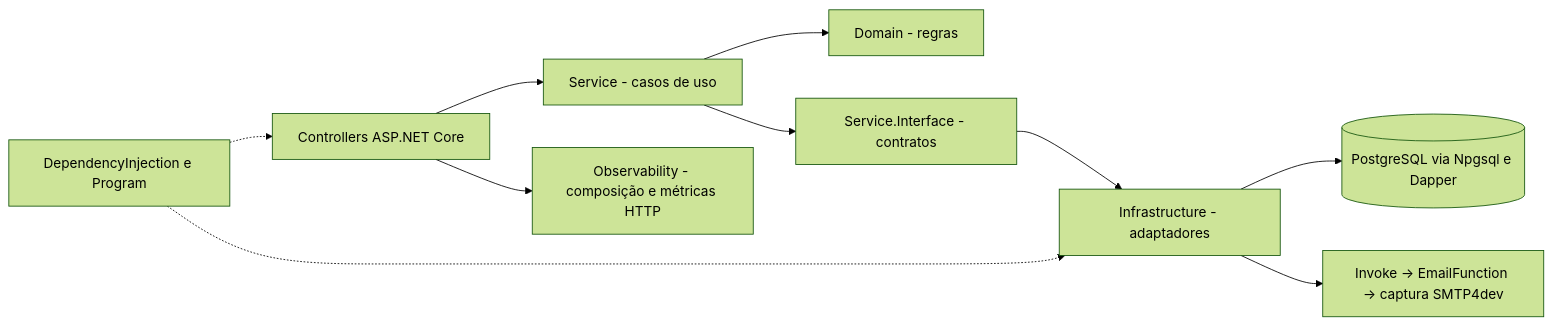
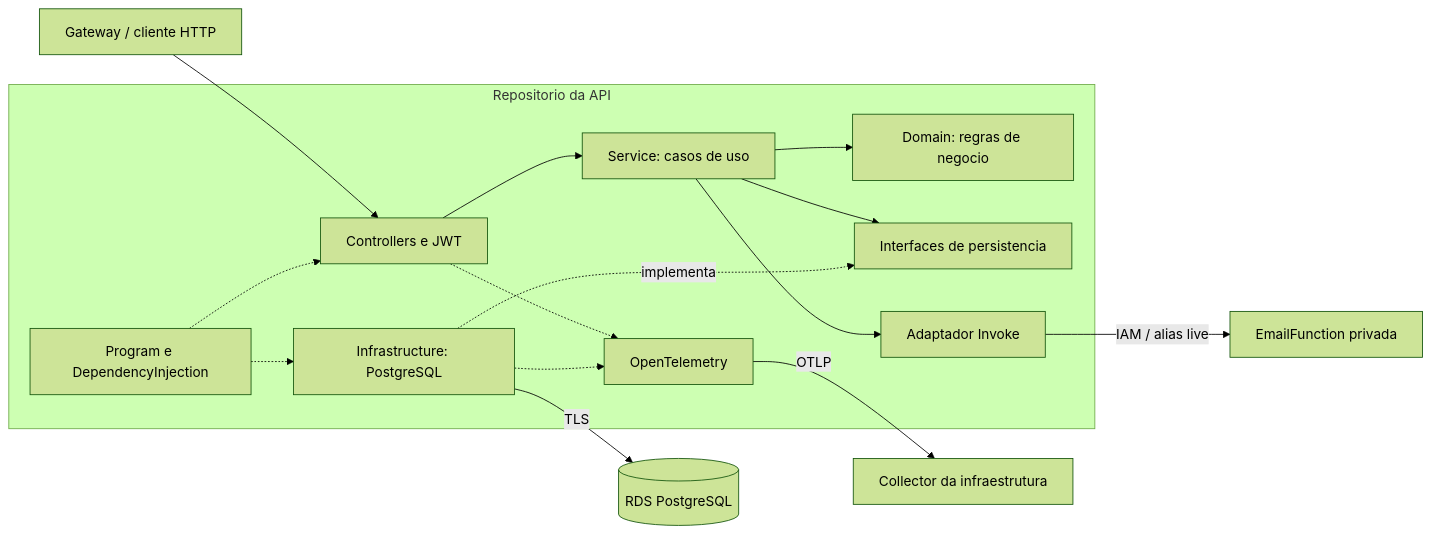
The diagram in README.md (pknfelps/GerenciamentoMecanicaSistema), drawn with Mermaid (forest theme) before and after one commit. The commit also changed other lines of this file and 12 other files, not shown here.

Commit message:
Atualizados diagramas

````diff
--- a/README.md
+++ b/README.md
@@ -7,12 +7,18 @@
-```mermaid
+~~~mermaid
 flowchart LR
-    HTTP["Controllers ASP.NET Core"] --> SERVICE["Service - casos de uso"]
-    SERVICE --> DOMAIN["Domain - regras"]
-    SERVICE --> PORTS["Service.Interface - contratos"]
-    PORTS --> INFRA["Infrastructure - adaptadores"]
-    INFRA --> DB[("PostgreSQL via Npgsql e Dapper")]
-    INFRA --> EMAIL["Invoke → EmailFunction → captura SMTP4dev"]
-    DI["DependencyInjection e Program"] -.-> HTTP
-    DI -.-> INFRA
-    HTTP --> OTEL["Observability - composição e métricas HTTP"]
-```
+    GW["Gateway / cliente HTTP"] --> HTTP["Controllers e JWT"]
+    subgraph APP["Repositorio da API"]
+        HTTP --> SERVICE["Service: casos de uso"]
+        SERVICE --> DOMAIN["Domain: regras de negocio"]
+        SERVICE --> PORTS["Interfaces de persistencia"]
+        INFRA["Infrastructure: PostgreSQL"] -.->|implementa| PORTS
+        SERVICE --> EMAIL["Adaptador Invoke"]
+        DI["Program e DependencyInjection"] -.-> HTTP
+        DI -.-> INFRA
+        HTTP -.-> OTEL["OpenTelemetry"]
+        INFRA -.-> OTEL
+    end
+    INFRA -->|TLS| DB[("RDS PostgreSQL")]
+    EMAIL -->|IAM / alias live| FN["EmailFunction privada"]
+    OTEL -->|OTLP| COL["Collector da infraestrutura"]
+~~~
````
